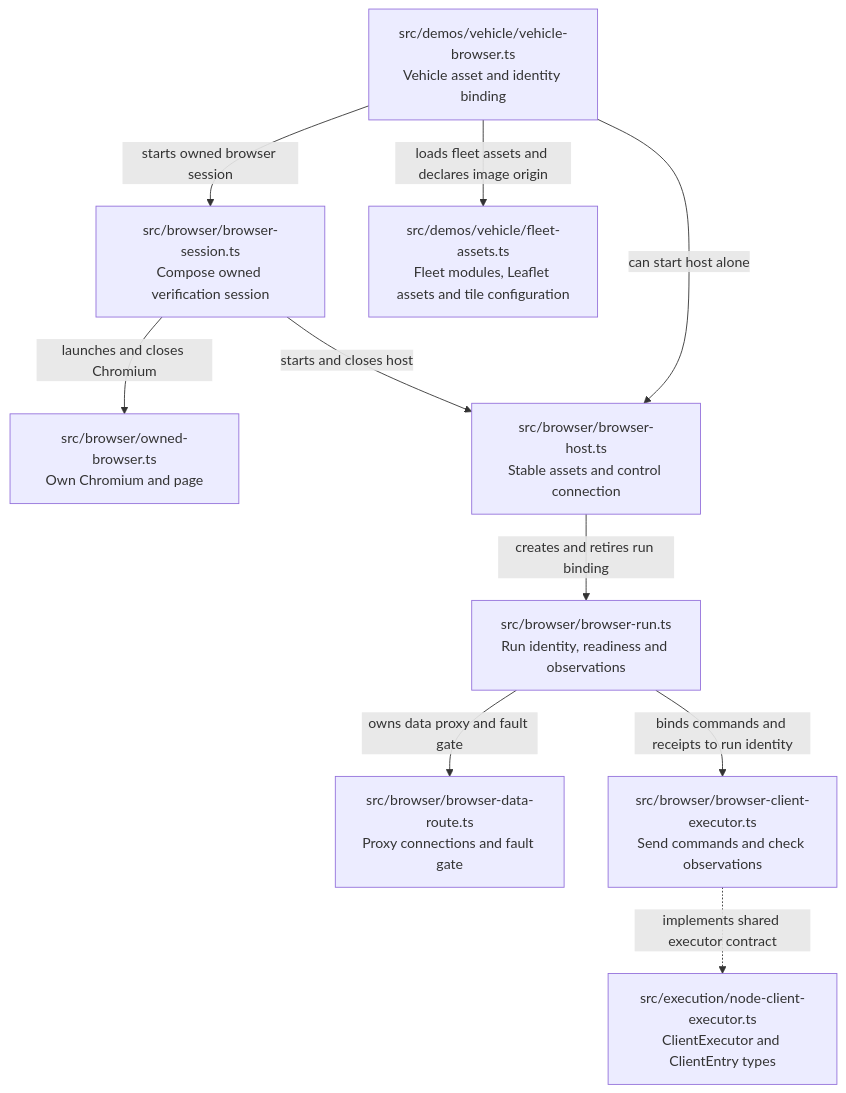
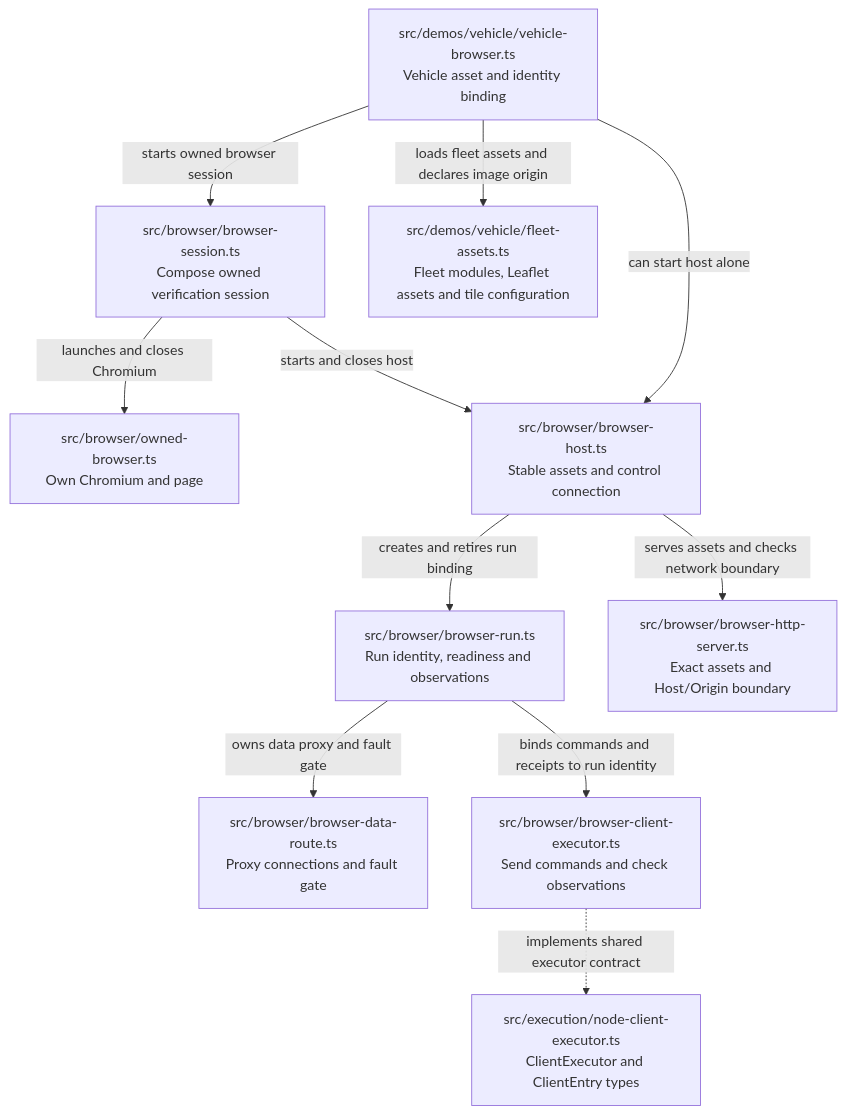
Before and after one commit to sproates/zooglass: the sixth of 7 diagrams in incubator/workbench/docs/source-map.md, drawn with Mermaid. The commit also changed other lines of this file and 28 other files, not shown here.

````diff
--- a/incubator/workbench/docs/source-map.md
+++ b/incubator/workbench/docs/source-map.md
@@ -215,21 +256,23 @@
 ```mermaid
 flowchart TB
   vehicle["src/demos/vehicle/vehicle-browser.ts<br/>Vehicle asset and identity binding"]
   session["src/browser/browser-session.ts<br/>Compose owned verification session"]
   launcher["src/browser/owned-browser.ts<br/>Own Chromium and page"]
   host["src/browser/browser-host.ts<br/>Stable assets and control connection"]
   run["src/browser/browser-run.ts<br/>Run identity, readiness and observations"]
   route["src/browser/browser-data-route.ts<br/>Proxy connections and fault gate"]
   executor["src/browser/browser-client-executor.ts<br/>Send commands and check observations"]
   contract["src/execution/node-client-executor.ts<br/>ClientExecutor and ClientEntry types"]
   fleetAssets["src/demos/vehicle/fleet-assets.ts<br/>Fleet modules, Leaflet assets and tile configuration"]
   vehicle -->|loads fleet assets and declares image origin| fleetAssets
   vehicle -->|starts owned browser session| session
   vehicle -->|can start host alone| host
   session -->|starts and closes host| host
   session -->|launches and closes Chromium| launcher
+  http["src/browser/browser-http-server.ts<br/>Exact assets and Host/Origin boundary"]
+  host -->|serves assets and checks network boundary| http
   host -->|creates and retires run binding| run
   run -->|owns data proxy and fault gate| route
   run -->|binds commands and receipts to run identity| executor
   executor -.->|implements shared executor contract| contract
 ```
````
